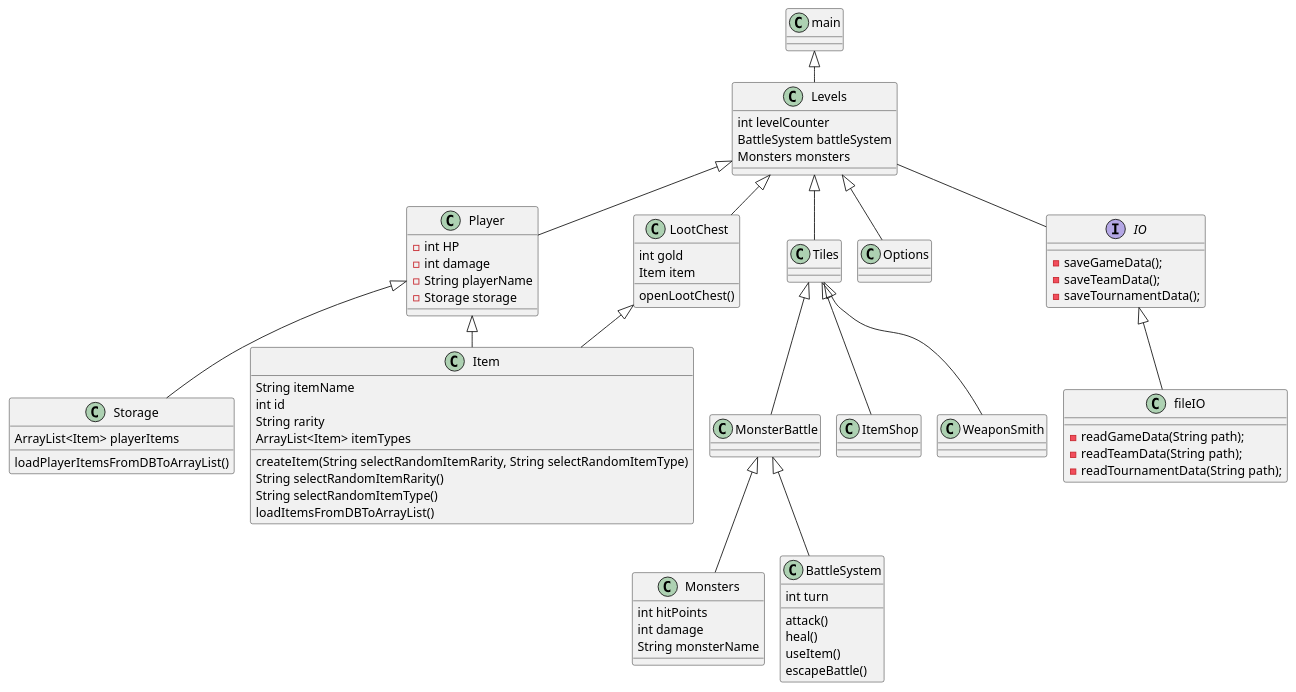
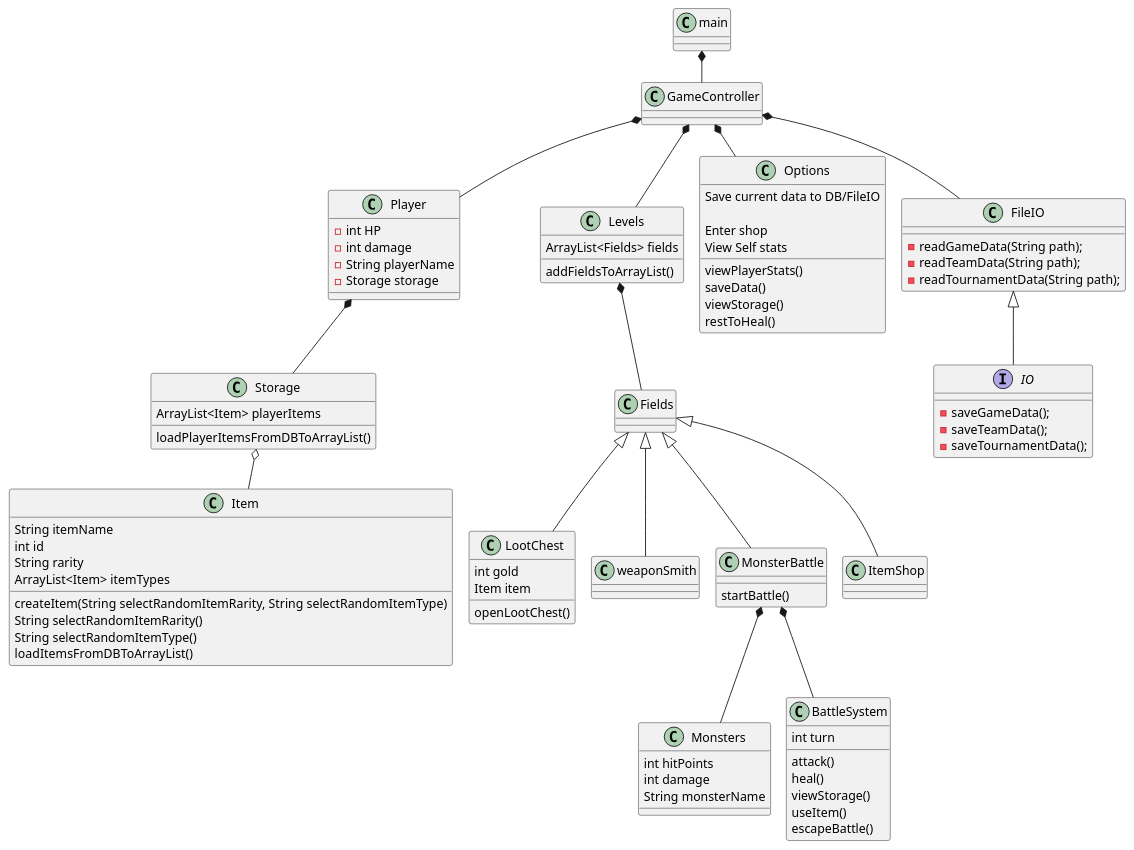
The diagram in src/resources/uml-diagrams/Class-Diagram.puml (AbdullahMarwan/CPH-IceProject-DungeonCrawler), drawn with PlantUML before and after one commit.

Commit message:
Reformatted Class Diagram with a cleaner look

```diff
--- a/src/resources/uml-diagrams/Class-Diagram.puml
+++ b/src/resources/uml-diagrams/Class-Diagram.puml
@@ -1,105 +1,129 @@
 @startuml
 'https://plantuml.com/class-diagram
 
 !pragma layout smetana
+
+
+
 
 class main {
 }
 
 class Player {
 - int HP
 - int damage
 - String playerName
 - Storage storage
 }
 
 class Monsters {
 int hitPoints
 int damage
 String monsterName
 }
 
 class BattleSystem {
 int turn
 
 attack()
 heal()
+viewStorage()
 useItem()
 escapeBattle()
+}
+
+class GameController{
+
 }
 
 class Storage {
 ArrayList<Item> playerItems
 
 loadPlayerItemsFromDBToArrayList()
 }
 
 class Levels {
-int levelCounter
-BattleSystem battleSystem
-Monsters monsters
+ArrayList<Fields> fields
+
+addFieldsToArrayList()
 }
 
 class Item {
 String itemName
 int id
 String rarity
 ArrayList<Item> itemTypes
 
 createItem(String selectRandomItemRarity, String selectRandomItemType)
 String selectRandomItemRarity()
 String selectRandomItemType()
 loadItemsFromDBToArrayList()
 }
 
 class LootChest {
 int gold
 Item item
 
 openLootChest()
 }
 
-class Tiles {
+class Fields {
 
 }
 
+class weaponSmith{
+}
+
 class MonsterBattle {
+
+startBattle()
 }
 
 class ItemShop {
 }
 
 class Options {
+
+Save current data to DB/FileIO
+
+Enter shop
+View Self stats
+
+viewPlayerStats()
+saveData()
+viewStorage()
+restToHeal()
 }
 
 interface IO {
     - saveGameData();
     - saveTeamData();
     - saveTournamentData();
 
 }
 
-class fileIO {
+class FileIO {
     - readGameData(String path);
     - readTeamData(String path);
     - readTournamentData(String path);
 }
 
+main *-- GameController
+GameController *-- Player
+GameController *-- Levels
+GameController *-- Options
+Player *-- Storage
+Storage o-- Item
+Levels *-- Fields
+Fields <|-- ItemShop
+Fields <|-- LootChest
+Fields <|-- weaponSmith
+Fields <|-- MonsterBattle
+GameController *-- FileIO
+MonsterBattle *-- Monsters
+MonsterBattle *-- BattleSystem
 
-main <|-- Levels
-Levels <|-- Player
-Levels <|-- Options
-Player <|-- Storage
-Player <|-- Item
-LootChest <|-- Item
-Levels <|-- LootChest
-Levels <|-- Tiles
-Tiles <|-- ItemShop
-Tiles <|-- WeaponSmith
-Tiles <|-- MonsterBattle
-MonsterBattle <|-- Monsters
-MonsterBattle <|-- BattleSystem
-IO <|-- fileIO
-Levels -- IO
+FileIO <|-- IO
+'Spørg om pilen fra IO vender rigtigt'
 
 @enduml
```
